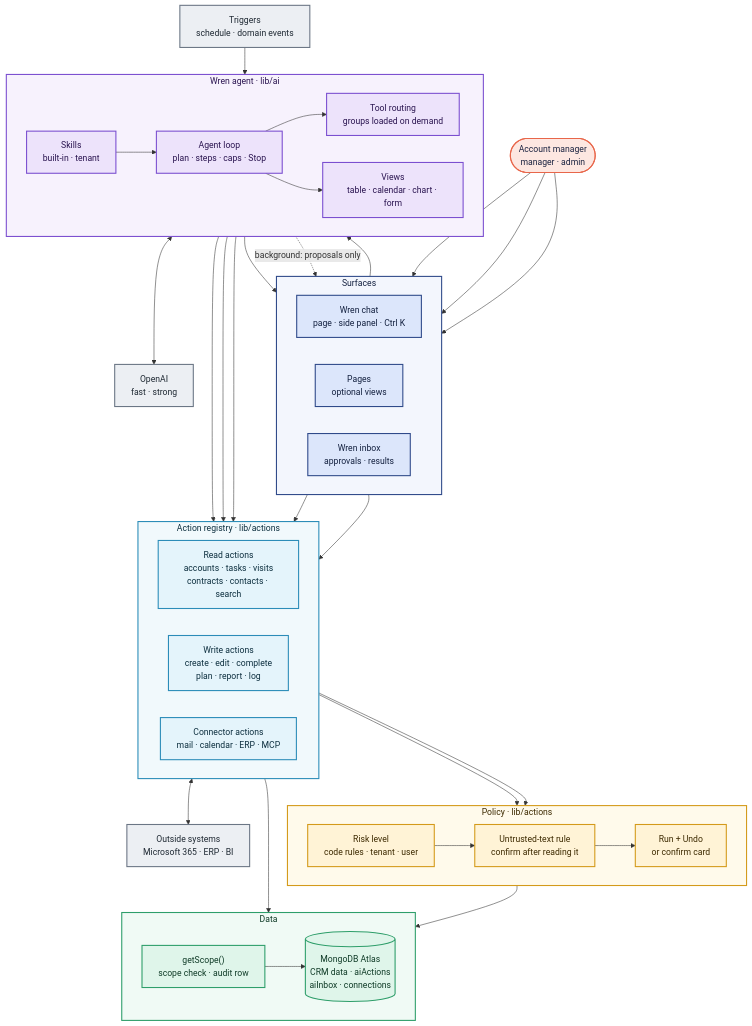
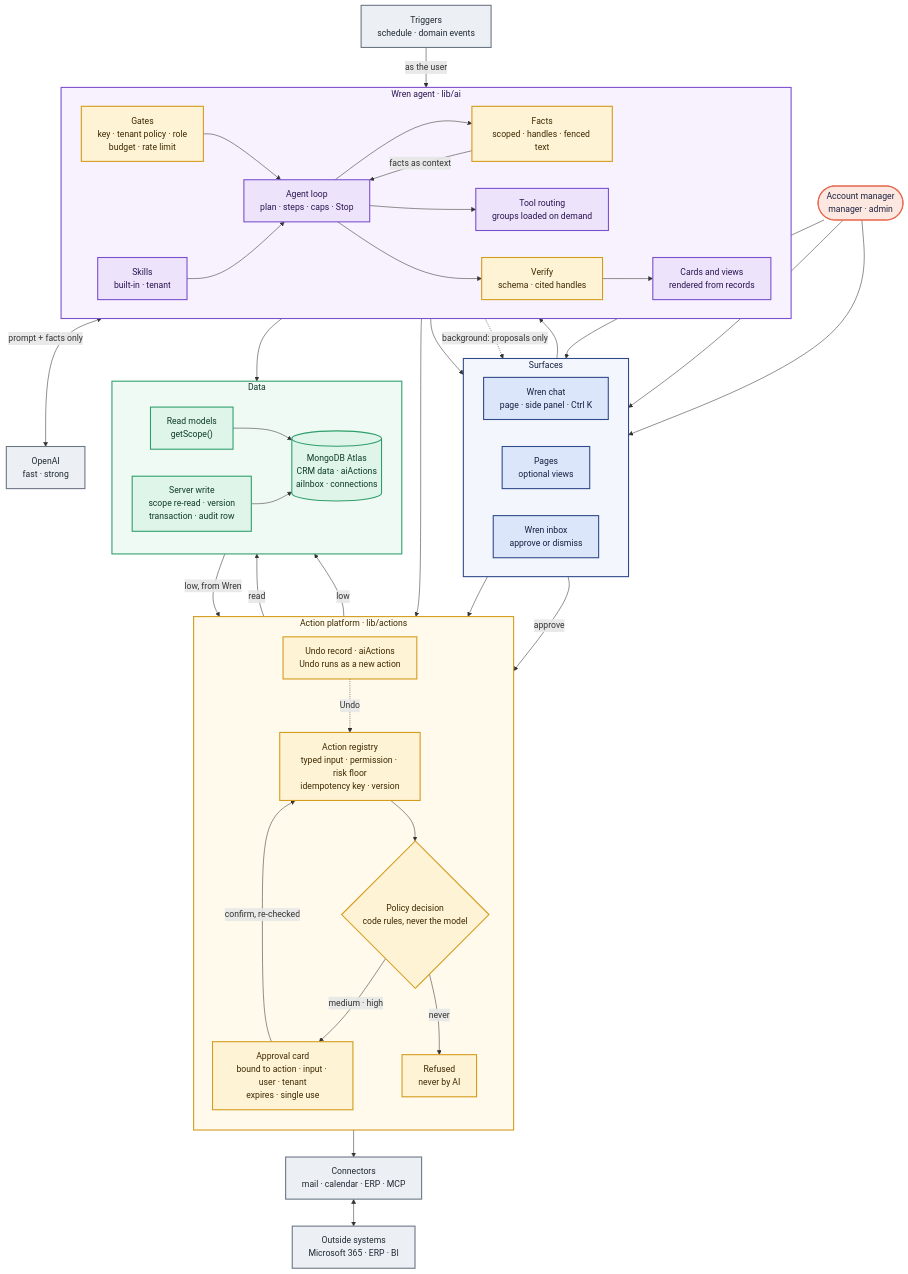
One commit to sonishivam1/ambient-crm changed the first of 2 diagrams in docs/architecture/ai-first.md. Above: the diagram before and after it, drawn with Mermaid. The commit also changed other lines of this file and 2 other files, not shown here.

Commit message:
Docs: corrected architecture diagrams
The overview's whole-application diagram is now the AI-first one, built
solid and planned dashed, with its status tables matching what's built.
The AI-first design's diagram shows the policy as a decision (read; low
with Undo; medium and high through a bound approval card back through the
registry; never refused), facts feeding Wren's loop with only prompt and
facts going to OpenAI, background runs through the gates creating inbox
proposals only, and capture and sync as system integrations.

````diff
--- a/docs/architecture/ai-first.md
+++ b/docs/architecture/ai-first.md
@@ -46,83 +46,87 @@
     direction LR
     chat["Wren chat<br/>page · side panel · Ctrl K"]
     pages["Pages<br/>optional views"]
-    inbox["Wren inbox<br/>approvals · results"]
+    inbox["Wren inbox<br/>approve or dismiss"]
   end
 
   subgraph agent["Wren agent · lib/ai"]
     direction LR
+    gates["Gates<br/>key · tenant policy · role<br/>budget · rate limit"]
+    loop["Agent loop<br/>plan · steps · caps · Stop"]
+    facts["Facts<br/>scoped · handles · fenced text"]
     router["Tool routing<br/>groups loaded on demand"]
-    loop["Agent loop<br/>plan · steps · caps · Stop"]
+    verify["Verify<br/>schema · cited handles"]
+    views["Cards and views<br/>rendered from records"]
     skills["Skills<br/>built-in · tenant"]
-    views["Views<br/>table · calendar · chart · form"]
+    gates --> loop
+    loop --> facts
+    facts -->|"facts as context"| loop
+    loop --> router
+    loop --> verify --> views
+    skills --> loop
   end
 
-  subgraph safety["Policy · lib/actions"]
-    direction LR
-    risk["Risk level<br/>code rules · tenant · user"]
-    taint["Untrusted-text rule<br/>confirm after reading it"]
-    confirm["Run + Undo<br/>or confirm card"]
-  end
-
-  subgraph actionsg["Action registry · lib/actions"]
-    direction LR
-    reads["Read actions<br/>accounts · tasks · visits<br/>contracts · contacts · search"]
-    writes["Write actions<br/>create · edit · complete<br/>plan · report · log"]
-    conn["Connector actions<br/>mail · calendar · ERP · MCP"]
+  subgraph platform["Action platform · lib/actions"]
+    direction TB
+    registry["Action registry<br/>typed input · permission · risk floor<br/>idempotency key · version"]
+    policy{"Policy decision<br/>code rules, never the model"}
+    approval["Approval card<br/>bound to action · input · user · tenant<br/>expires · single use"]
+    refuse["Refused<br/>never by AI"]
+    undo["Undo record · aiActions<br/>Undo runs as a new action"]
+    registry --> policy
+    policy -->|"medium · high"| approval
+    approval -->|"confirm, re-checked"| registry
+    policy -->|never| refuse
   end
 
   subgraph data["Data"]
     direction LR
-    scope["getScope()<br/>scope check · audit row"]
+    readmodels["Read models<br/>getScope()"]
+    writes["Server write<br/>scope re-read · version<br/>transaction · audit row"]
     db[("MongoDB Atlas<br/>CRM data · aiActions<br/>aiInbox · connections")]
-    scope --> db
+    readmodels --> db
+    writes --> db
   end
 
-  ext["Outside systems<br/>Microsoft 365 · ERP · BI"]
   openai["OpenAI<br/>fast · strong"]
   jobs["Triggers<br/>schedule · domain events"]
+  conn["Connectors<br/>mail · calendar · ERP · MCP"]
+  ext["Outside systems<br/>Microsoft 365 · ERP · BI"]
 
   user --> chat
   user --> pages
   user --> inbox
-  chat --> loop
-  jobs --> loop
-  loop <--> openai
-  loop --> router
-  router --> reads
-  router --> writes
-  router --> conn
-  skills --> loop
-  writes --> risk --> taint --> confirm
-  conn --> risk
-  confirm --> scope
-  reads --> scope
-  pages --> writes
-  pages --> reads
-  conn <--> ext
-  loop --> views
+  chat --> gates
+  pages --> registry
+  loop <-->|"prompt + facts only"| openai
+  facts --> readmodels
+  router --> registry
+  policy -->|read| readmodels
+  policy -->|low| writes
+  writes -->|"low, from Wren"| undo
+  undo -. "Undo" .-> registry
   views --> chat
+  jobs -->|"as the user"| gates
   loop -. "background: proposals only" .-> inbox
+  inbox -->|approve| approval
+  registry --> conn <--> ext
 
   classDef person fill:#FDE7E1,stroke:#E8664A,stroke-width:2px,color:#1B2340;
   classDef uiNode fill:#DCE6FB,stroke:#2F4A8A,stroke-width:2px,color:#13203F;
   classDef engineNode fill:#EDE3FB,stroke:#7B4FD0,stroke-width:2px,color:#2A1450;
   classDef safetyNode fill:#FFF3D6,stroke:#D49A1A,stroke-width:2px,color:#3D2A00;
-  classDef defNode fill:#E4F4FB,stroke:#2B8CB8,stroke-width:2px,color:#0D2F3F;
   classDef dataNode fill:#DFF5EA,stroke:#2E9E6A,stroke-width:2px,color:#0F3B27;
   classDef external fill:#ECEFF3,stroke:#6B7685,stroke-width:2px,color:#1F2933;
 
   class user person;
   class chat,pages,inbox uiNode;
-  class router,loop,skills,views engineNode;
-  class risk,taint,confirm safetyNode;
-  class reads,writes,conn defNode;
-  class scope,db dataNode;
-  class ext,openai,jobs external;
+  class loop,router,views,skills engineNode;
+  class gates,facts,verify,registry,policy,approval,refuse,undo safetyNode;
+  class readmodels,writes,db dataNode;
+  class openai,jobs,conn,ext external;
 
   style surfaces fill:#F3F6FD,stroke:#2F4A8A,stroke-width:2px,color:#13203F
   style agent fill:#F7F2FD,stroke:#7B4FD0,stroke-width:2px,color:#2A1450
-  style safety fill:#FFFAEB,stroke:#D49A1A,stroke-width:2px,color:#3D2A00
-  style actionsg fill:#F1F9FC,stroke:#2B8CB8,stroke-width:2px,color:#0D2F3F
+  style platform fill:#FFFAEB,stroke:#D49A1A,stroke-width:2px,color:#3D2A00
   style data fill:#F0FAF5,stroke:#2E9E6A,stroke-width:2px,color:#0F3B27
 ```
````
